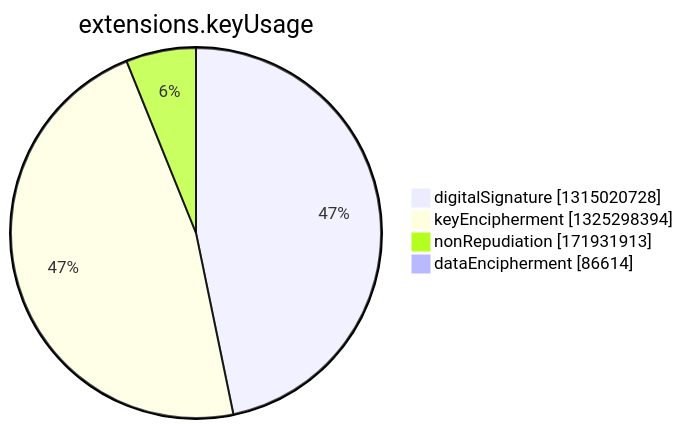
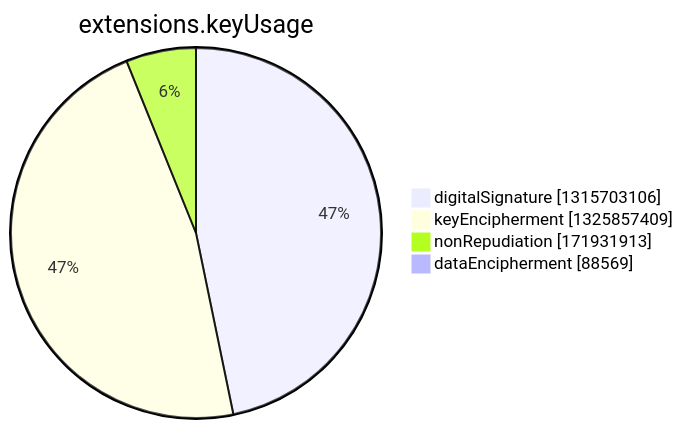
Before and after one commit to christiankrug/ctmonitor_visualization: the seventh of 15 diagrams in argon2022/README.md, drawn with Mermaid. The commit also changed other lines of this file, not shown here.

````diff
--- a/argon2022/README.md
+++ b/argon2022/README.md
@@ -2750,8 +2750,8 @@
 ```mermaid
 pie showData
 title extensions.keyUsage
-"digitalSignature" :1315020728
-"keyEncipherment" :1325298394
+"digitalSignature" :1315703106
+"keyEncipherment" :1325857409
 "nonRepudiation" :171931913
-"dataEncipherment" :86614
+"dataEncipherment" :88569
 ```
````
